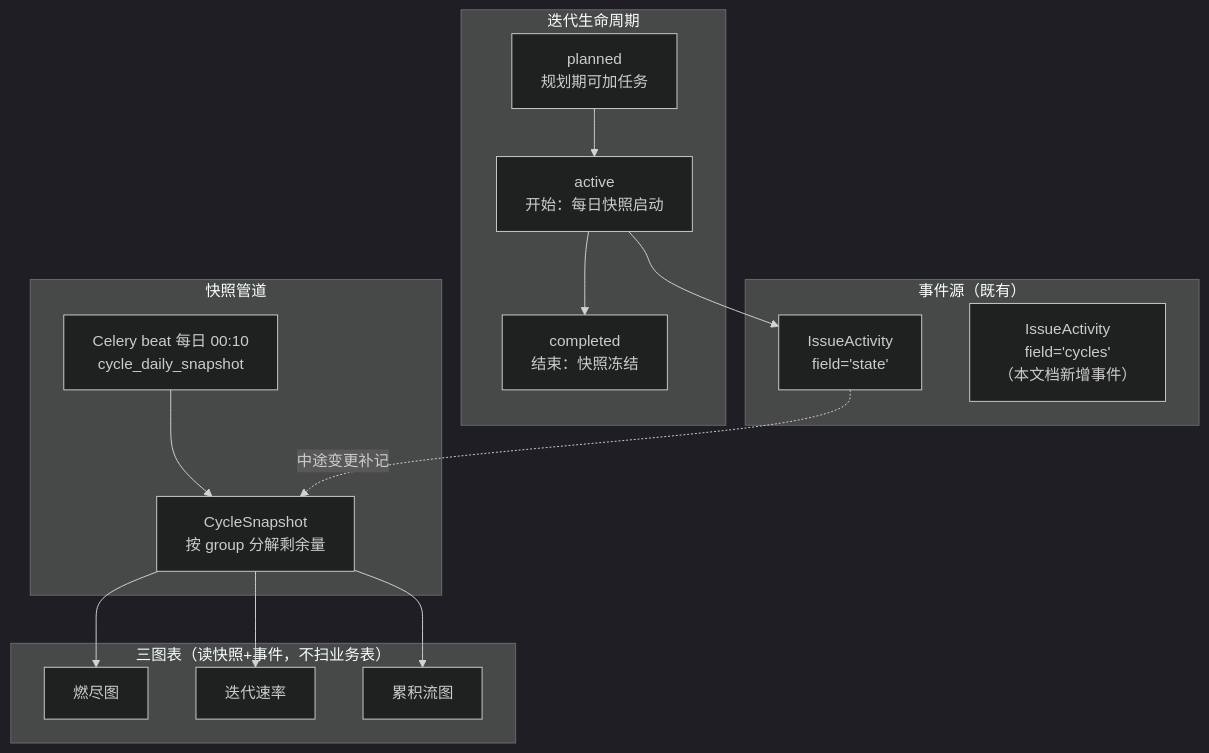
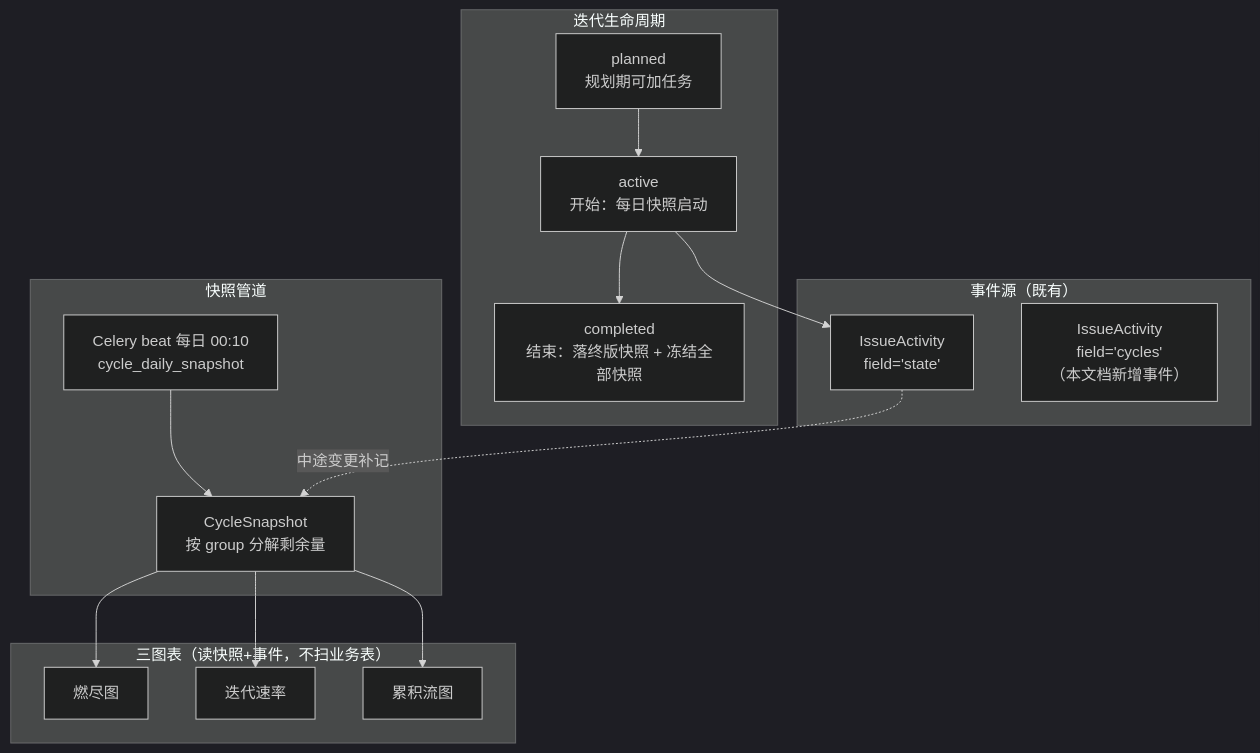
Before and after one commit to RabbitAI-Lab/RabbitProjects: the first of 2 diagrams in docs/sprint-9-enterprise-portfolio/RPT-003-agile-reports.md, drawn with Mermaid (dark theme). The commit also changed other lines of this file and 13 other files, not shown here.

````diff
--- a/docs/sprint-9-enterprise-portfolio/RPT-003-agile-reports.md
+++ b/docs/sprint-9-enterprise-portfolio/RPT-003-agile-reports.md
@@ -77,21 +78,21 @@
 ```mermaid
 flowchart TB
     subgraph SRC["事件源（既有）"]
         E1["IssueActivity<br/>field='state'"] 
         E2["IssueActivity<br/>field='cycles'<br/>（本文档新增事件）"]
     end
     subgraph CYCLE["迭代生命周期"]
         C1["planned<br/>规划期可加任务"] --> C2["active<br/>开始：每日快照启动"]
-        C2 --> C3["completed<br/>结束：快照冻结"]
+        C2 --> C3["completed<br/>结束：落终版快照 + 冻结全部快照"]
     end
     subgraph SNAP["快照管道"]
         D1["Celery beat 每日 00:10<br/>cycle_daily_snapshot"] --> D2["CycleSnapshot<br/>按 group 分解剩余量"]
         E1 -.中途变更补记.-> D2
     end
     subgraph CHART["三图表（读快照+事件，不扫业务表）"]
         D2 --> F1["燃尽图"]
         D2 --> F2["迭代速率"]
         D2 --> F3["累积流图"]
     end
     C2 --> E1
 ```
````
